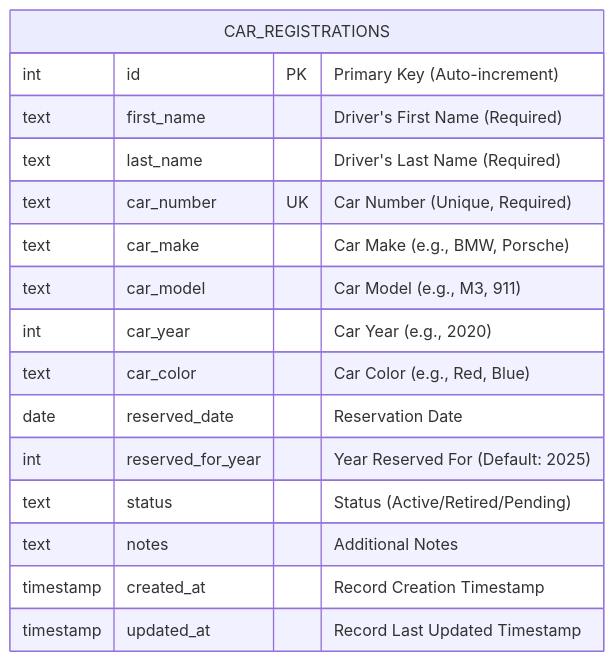
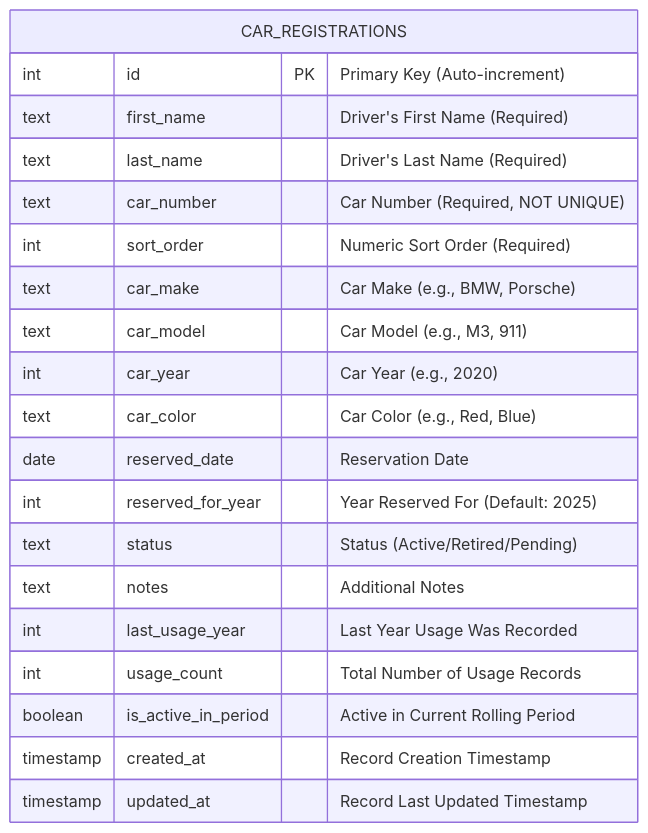
Before and after one commit to cruxburn/nord-stern-car-numbers: the first of 2 diagrams in database_er_diagram.md, drawn with Mermaid. The commit also changed other lines of this file and 9 other files, not shown here.

````diff
--- a/database_er_diagram.md
+++ b/database_er_diagram.md
@@ -11,19 +11,23 @@
 ```mermaid
 erDiagram
     CAR_REGISTRATIONS {
         int id PK "Primary Key (Auto-increment)"
         text first_name "Driver's First Name (Required)"
         text last_name "Driver's Last Name (Required)"
-        text car_number UK "Car Number (Unique, Required)"
+        text car_number "Car Number (Required, NOT UNIQUE)"
+        int sort_order "Numeric Sort Order (Required)"
         text car_make "Car Make (e.g., BMW, Porsche)"
         text car_model "Car Model (e.g., M3, 911)"
         int car_year "Car Year (e.g., 2020)"
         text car_color "Car Color (e.g., Red, Blue)"
         date reserved_date "Reservation Date"
         int reserved_for_year "Year Reserved For (Default: 2025)"
         text status "Status (Active/Retired/Pending)"
         text notes "Additional Notes"
+        int last_usage_year "Last Year Usage Was Recorded"
+        int usage_count "Total Number of Usage Records"
+        boolean is_active_in_period "Active in Current Rolling Period"
         timestamp created_at "Record Creation Timestamp"
         timestamp updated_at "Record Last Updated Timestamp"
     }
 ```
````
